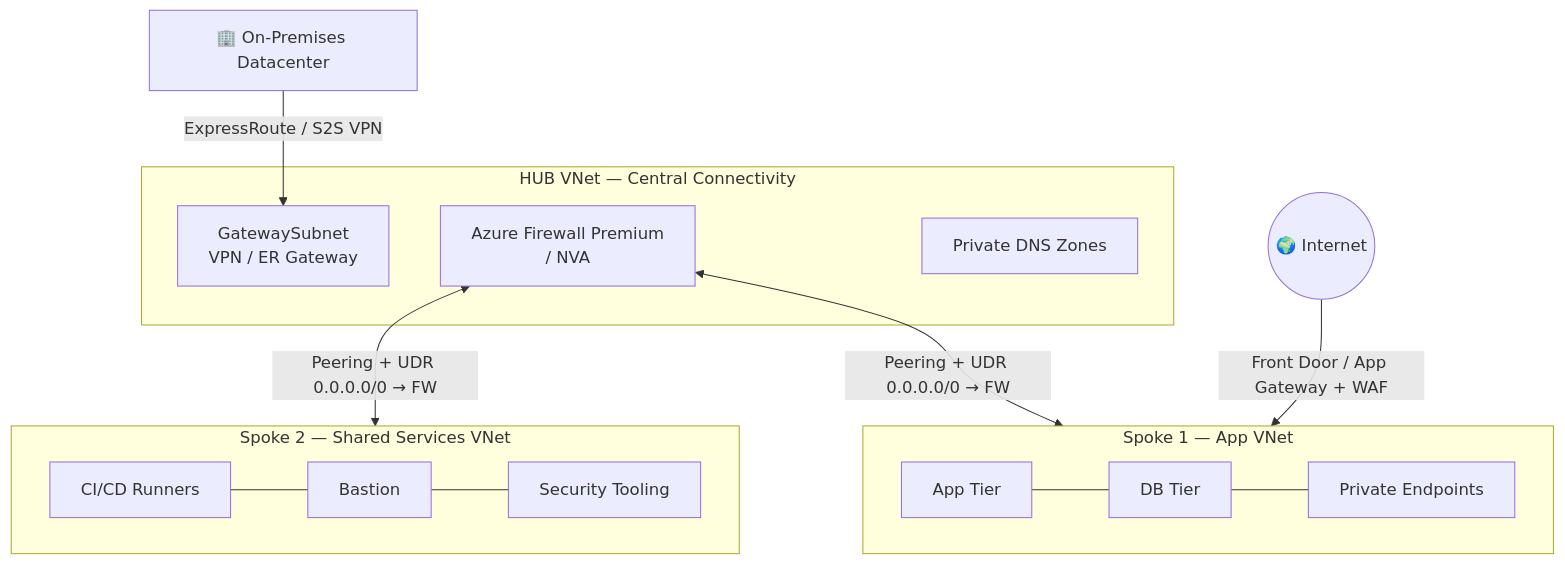
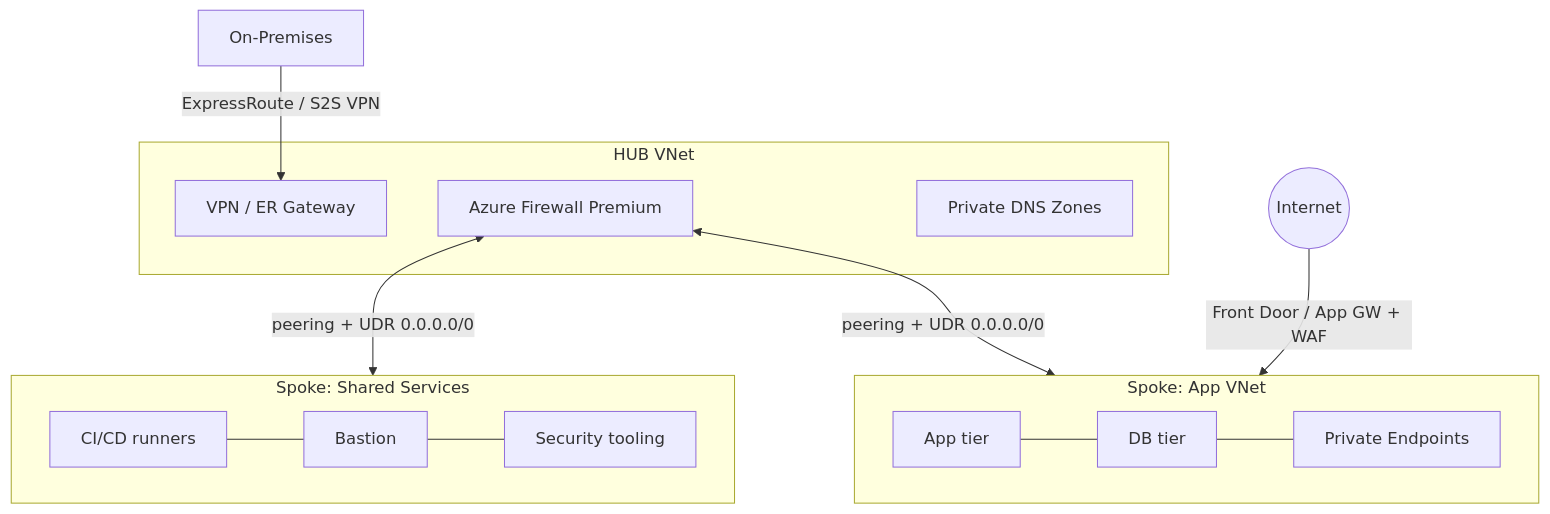
One commit to HarshAgarwal1102/HarshAgarwal1102 changed the second of 4 diagrams in README.md. Above: the diagram before and after it, drawn with Mermaid. The commit also changed other lines of this file and 6 other files, not shown here.

````diff
--- a/README.md
+++ b/README.md
@@ -77,22 +138,18 @@
 ```mermaid
 flowchart TB
-    OnPrem["🏢 On-Premises Datacenter"] -- "ExpressRoute / S2S VPN" --> GW
-
-    subgraph HUB["HUB VNet — Central Connectivity"]
-        GW["GatewaySubnet<br/>VPN / ER Gateway"]
-        FW["Azure Firewall Premium<br/>/ NVA"]
+    OnPrem["On-Premises"] -- "ExpressRoute / S2S VPN" --> GW
+    subgraph HUB["HUB VNet"]
+        GW["VPN / ER Gateway"]
+        FW["Azure Firewall Premium"]
         DNS["Private DNS Zones"]
     end
-
-    subgraph S1["Spoke 1 — App VNet"]
-        APP["App Tier"] --- DB["DB Tier"] --- PE["Private Endpoints"]
+    subgraph S1["Spoke: App VNet"]
+        APP["App tier"] --- DB["DB tier"] --- PE["Private Endpoints"]
     end
-
-    subgraph S2["Spoke 2 — Shared Services VNet"]
-        RUN["CI/CD Runners"] --- BAS["Bastion"] --- SEC["Security Tooling"]
+    subgraph S2["Spoke: Shared Services"]
+        RUN["CI/CD runners"] --- BAS["Bastion"] --- SEC["Security tooling"]
     end
-
-    FW <-- "Peering + UDR 0.0.0.0/0 → FW" --> S1
-    FW <-- "Peering + UDR 0.0.0.0/0 → FW" --> S2
-    Internet(("🌍 Internet")) -- "Front Door / App Gateway + WAF" --> S1
+    FW <-- "peering + UDR 0.0.0.0/0" --> S1
+    FW <-- "peering + UDR 0.0.0.0/0" --> S2
+    NET(("Internet")) -- "Front Door / App GW + WAF" --> S1
 ```
````
